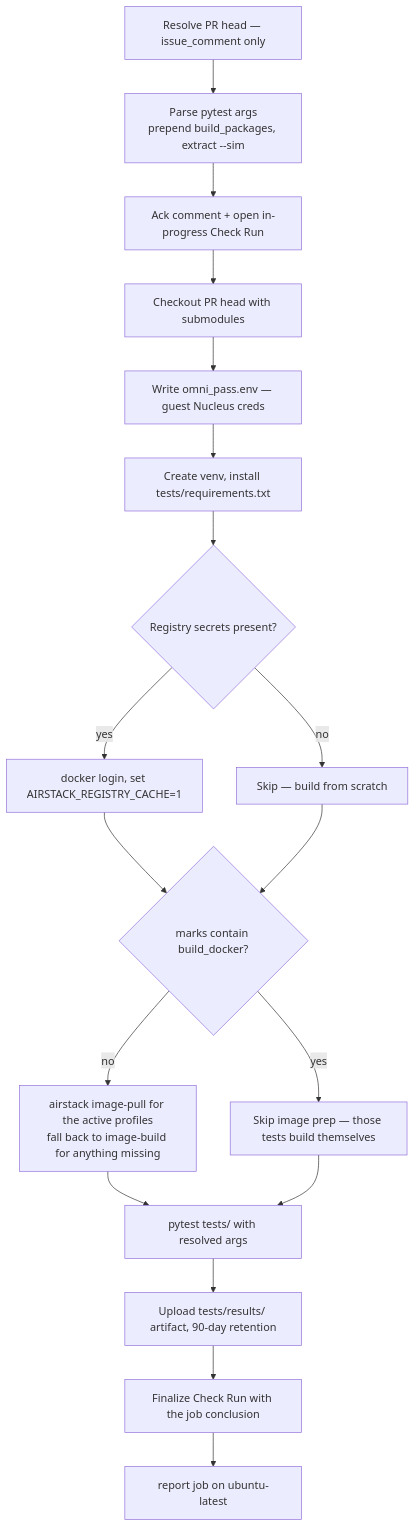
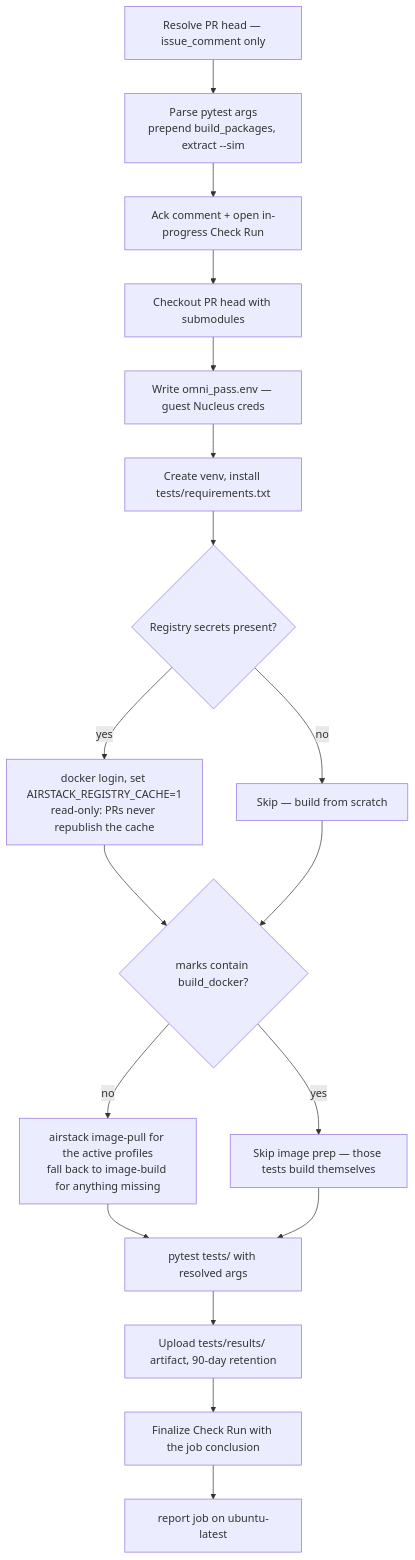
The fourth of 8 diagrams in docs/development/intermediate/testing/ci_cd.md (castacks/AirStack), drawn with Mermaid before and after one commit. The commit also changed other lines of this file and 8 other files, not shown here.

First line of the commit message:
fix(ci): seed PR Docker builds from a floating cache tag

````diff
--- a/docs/development/intermediate/testing/ci_cd.md
+++ b/docs/development/intermediate/testing/ci_cd.md
@@ -214,20 +214,20 @@
 ```mermaid
 flowchart TD
   a["Resolve PR head — issue_comment only"] --> b["Parse pytest args<br/>prepend build_packages, extract --sim"]
   b --> c["Ack comment + open in-progress Check Run"]
   c --> d["Checkout PR head with submodules"]
   d --> e["Write omni_pass.env — guest Nucleus creds"]
   e --> f["Create venv, install tests/requirements.txt"]
   f --> g{"Registry secrets present?"}
-  g -- yes --> h["docker login, set AIRSTACK_REGISTRY_CACHE=1"]
+  g -- yes --> h["docker login, set AIRSTACK_REGISTRY_CACHE=1<br/>read-only: PRs never republish the cache"]
   g -- no --> i["Skip — build from scratch"]
   h --> j{"marks contain build_docker?"}
   i --> j
   j -- yes --> l["Skip image prep — those tests build themselves"]
   j -- no --> k["airstack image-pull for the active profiles<br/>fall back to image-build for anything missing"]
   k --> m["pytest tests/ with resolved args"]
   l --> m
   m --> n["Upload tests/results/ artifact, 90-day retention"]
   n --> o["Finalize Check Run with the job conclusion"]
   o --> p["report job on ubuntu-latest"]
 ```
````
